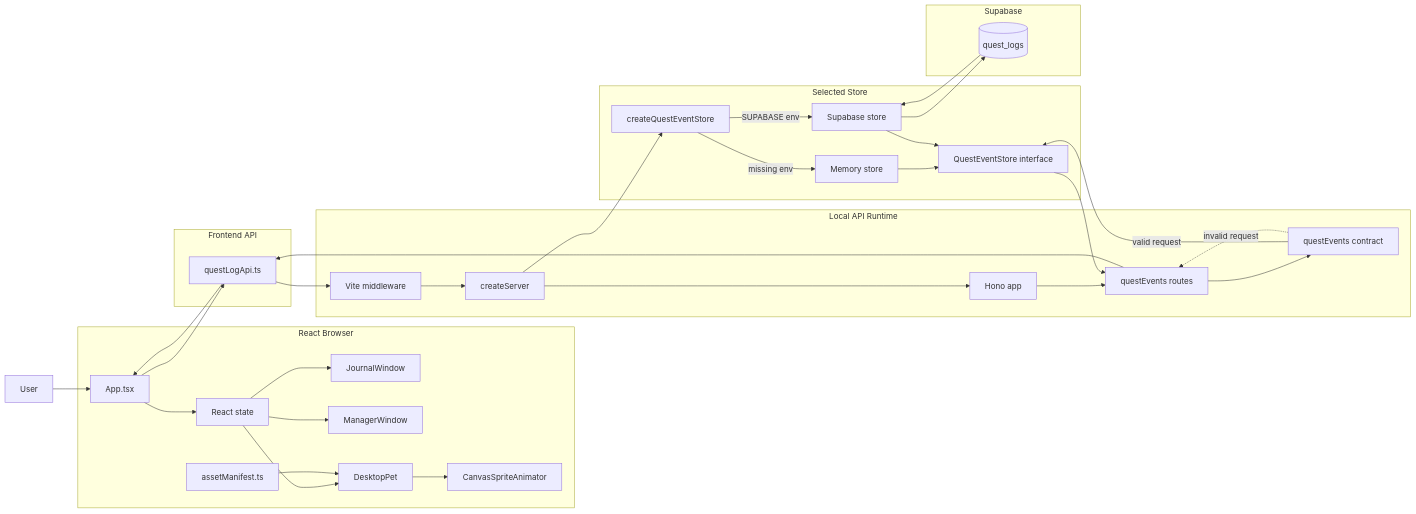
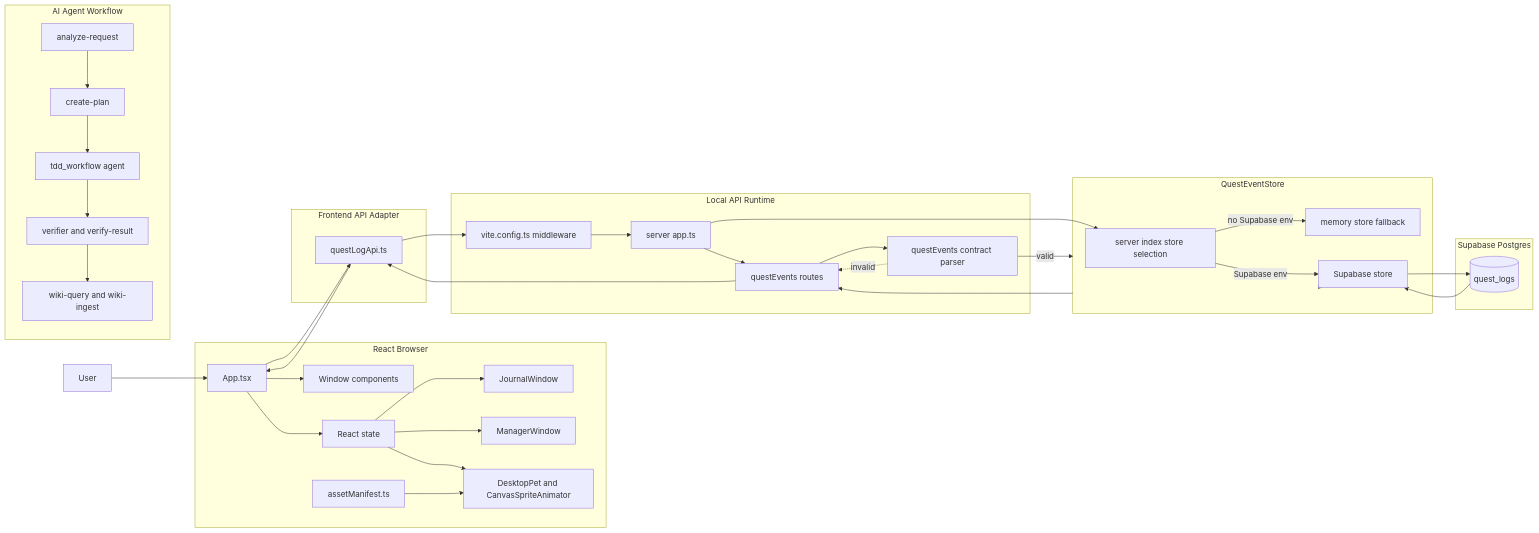
The first of 5 diagrams in docs/architecture-data-flow.md (Mureung1/hub-showcase), drawn with Mermaid before and after one commit. The commit also changed other lines of this file and 15 other files, not shown here.

Commit message:
Add showcase and update agent workflow docs

````diff
--- a/docs/architecture-data-flow.md
+++ b/docs/architecture-data-flow.md
@@ -15,63 +9,72 @@
 ```mermaid
 flowchart LR
   User["User"]
 
   subgraph Browser["React Browser"]
     App["App.tsx"]
+    Components["Window components"]
     State["React state"]
     Journal["JournalWindow"]
     Manager["ManagerWindow"]
-    Pet["DesktopPet"]
-    Canvas["CanvasSpriteAnimator"]
+    Pet["DesktopPet and CanvasSpriteAnimator"]
     Manifest["assetManifest.ts"]
   end
 
-  subgraph FrontApi["Frontend API"]
-    Adapter["questLogApi.ts"]
+  subgraph ApiClient["Frontend API Adapter"]
+    QuestLogApi["questLogApi.ts"]
   end
 
-  subgraph LocalApi["Local API Runtime"]
-    Vite["Vite middleware"]
-    Server["createServer"]
-    Hono["Hono app"]
+  subgraph LocalRuntime["Local API Runtime"]
+    Vite["vite.config.ts middleware"]
+    HonoApp["server app.ts"]
     Routes["questEvents routes"]
-    Contract["questEvents contract"]
+    Contract["questEvents contract parser"]
   end
 
-  subgraph StoreLayer["Selected Store"]
-    Selector["createQuestEventStore"]
-    Memory["Memory store"]
+  subgraph StoreLayer["QuestEventStore"]
+    StoreSelector["server index store selection"]
+    MemoryStore["memory store fallback"]
     SupabaseStore["Supabase store"]
-    Store["QuestEventStore interface"]
   end
 
-  subgraph Database["Supabase"]
+  subgraph Database["Supabase Postgres"]
     QuestLogs[("quest_logs")]
   end
 
+  subgraph Harness["AI Agent Workflow"]
+    Analyze["analyze-request"]
+    Plan["create-plan"]
+    Tdd["tdd_workflow agent"]
+    Verify["verifier and verify-result"]
+    Wiki["wiki-query and wiki-ingest"]
+  end
+
   User --> App
+  App --> Components
   App --> State
   State --> Journal
   State --> Manager
   State --> Pet
   Manifest --> Pet
-  Pet --> Canvas
-  App --> Adapter
-  Adapter --> Vite
-  Vite --> Server
-  Server --> Selector
-  Selector -->|"missing env"| Memory
-  Selector -->|"SUPABASE env"| SupabaseStore
-  Memory --> Store
-  SupabaseStore --> Store
-  Server --> Hono
-  Hono --> Routes
+  App --> QuestLogApi
+  QuestLogApi --> Vite
+  Vite --> HonoApp
+  HonoApp --> Routes
   Routes --> Contract
-  Contract -->|"valid request"| Store
-  Contract -.->|"invalid request"| Routes
+  Contract -->|"valid"| StoreLayer
+  Contract -.->|"invalid"| Routes
+  HonoApp --> StoreSelector
+  StoreSelector -->|"no Supabase env"| MemoryStore
+  StoreSelector -->|"Supabase env"| SupabaseStore
+  MemoryStore --> StoreLayer
+  SupabaseStore --> StoreLayer
   SupabaseStore --> QuestLogs
   QuestLogs --> SupabaseStore
-  Store --> Routes
-  Routes --> Adapter
-  Adapter --> App
+  StoreLayer --> Routes
+  Routes --> QuestLogApi
+  QuestLogApi --> App
+  Analyze --> Plan
+  Plan --> Tdd
+  Tdd --> Verify
+  Verify --> Wiki
 ```
````
